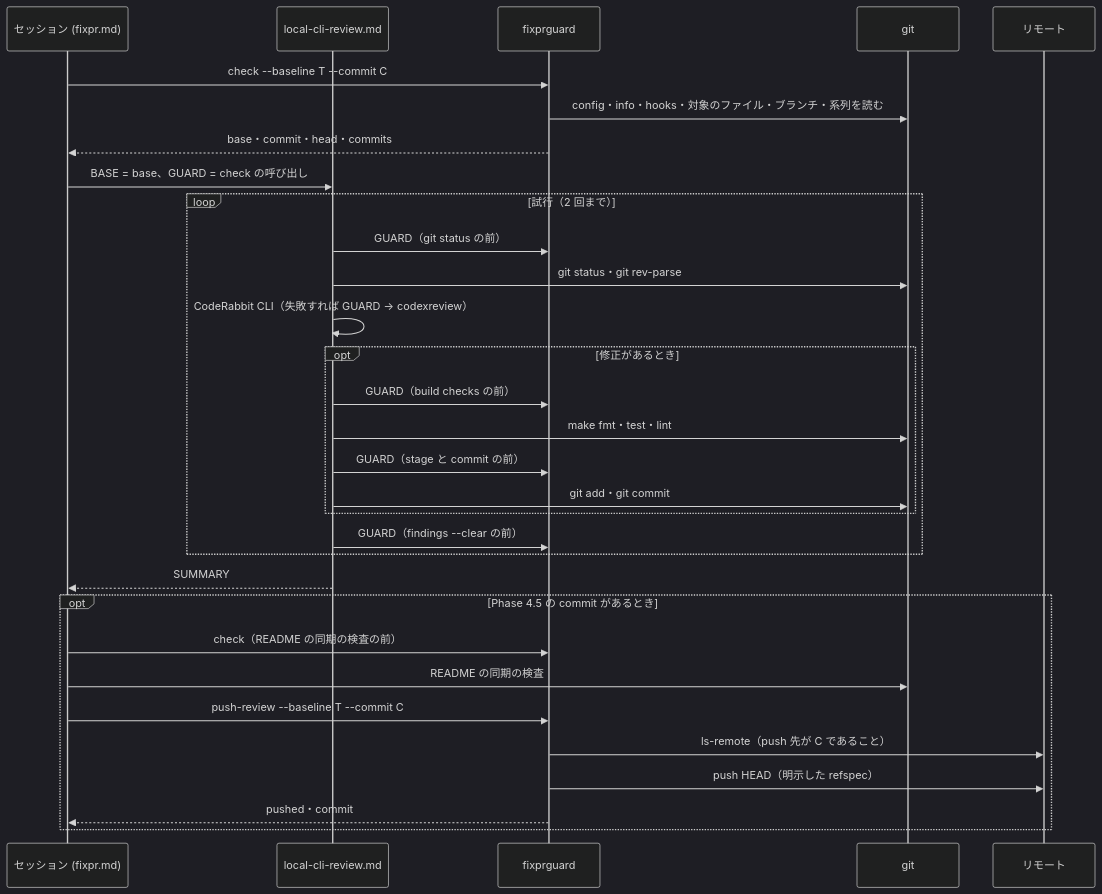
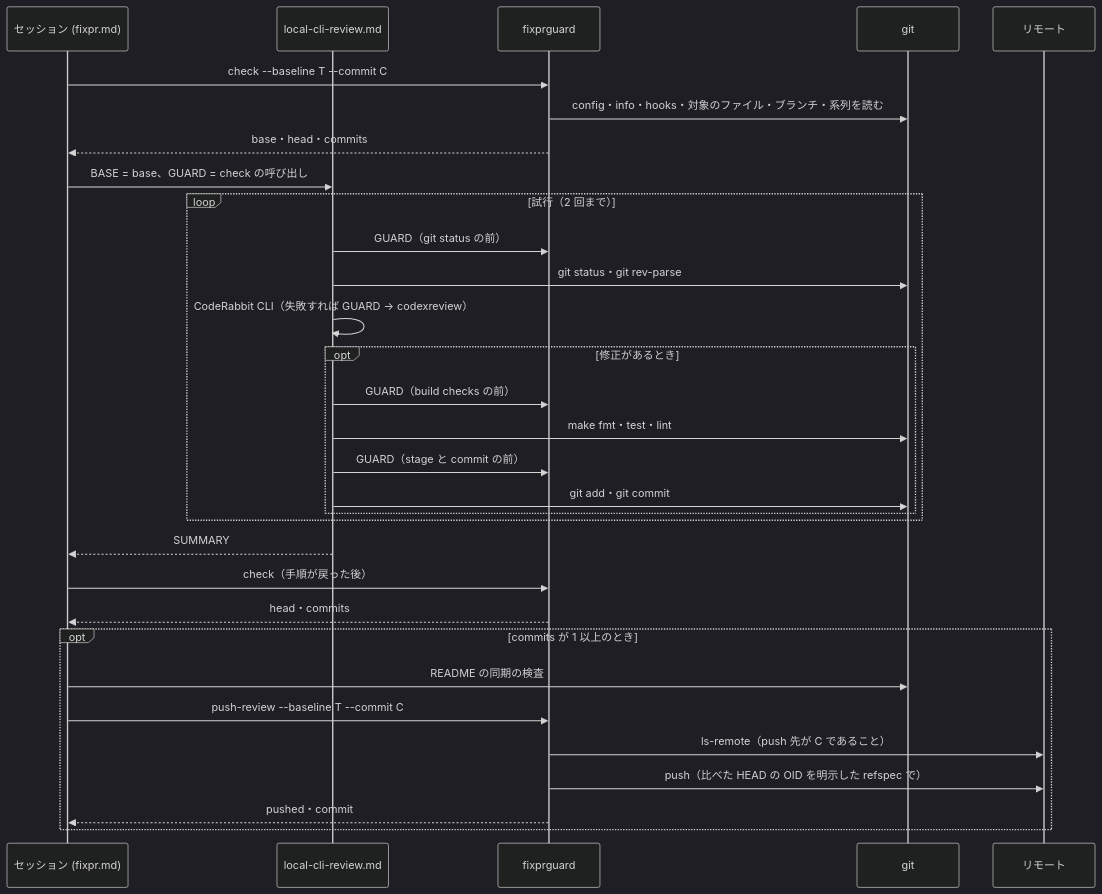
Before and after one commit to isseis/yt2column: the third of 5 diagrams in docs/tasks/0076_fixpr_local_review_guard/02_architecture.md, drawn with Mermaid (dark theme). The commit also changed other lines of this file and 2 other files, not shown here.

First line of the commit message:
docs(0076): address the architecture review and polish the prose

````diff
--- a/docs/tasks/0076_fixpr_local_review_guard/02_architecture.md
+++ b/docs/tasks/0076_fixpr_local_review_guard/02_architecture.md
@@ -164,34 +162,34 @@
 ```mermaid
 sequenceDiagram
     participant S as セッション (fixpr.md)
     participant L as local-cli-review.md
     participant T as fixprguard
     participant G as git
     participant R as リモート
 
     S->>T: check --baseline T --commit C
     T->>G: config・info・hooks・対象のファイル・ブランチ・系列を読む
-    T-->>S: base・commit・head・commits
+    T-->>S: base・head・commits
     S->>L: BASE = base、GUARD = check の呼び出し
     loop 試行（2 回まで）
         L->>T: GUARD（git status の前）
         L->>G: git status・git rev-parse
         L->>L: CodeRabbit CLI（失敗すれば GUARD → codexreview）
         opt 修正があるとき
             L->>T: GUARD（build checks の前）
             L->>G: make fmt・test・lint
             L->>T: GUARD（stage と commit の前）
             L->>G: git add・git commit
         end
-        L->>T: GUARD（findings --clear の前）
     end
     L-->>S: SUMMARY
-    opt Phase 4.5 の commit があるとき
-        S->>T: check（README の同期の検査の前）
+    S->>T: check（手順が戻った後）
+    T-->>S: head・commits
+    opt commits が 1 以上のとき
         S->>G: README の同期の検査
         S->>T: push-review --baseline T --commit C
         T->>R: ls-remote（push 先が C であること）
-        T->>R: push HEAD（明示した refspec）
+        T->>R: push（比べた HEAD の OID を明示した refspec で）
         T-->>S: pushed・commit
     end
 ```
````
